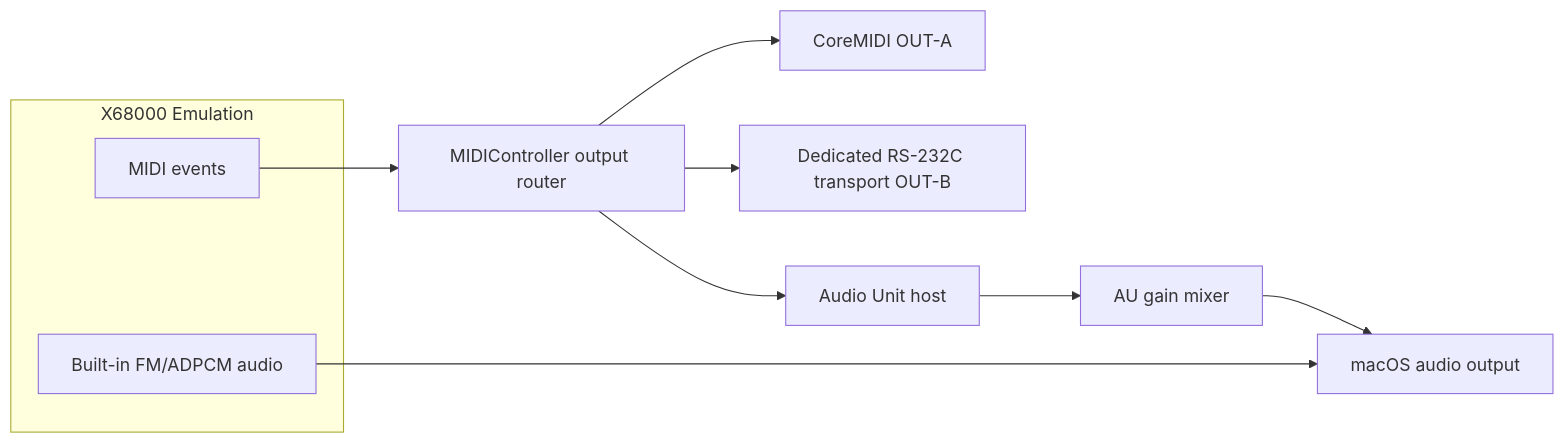
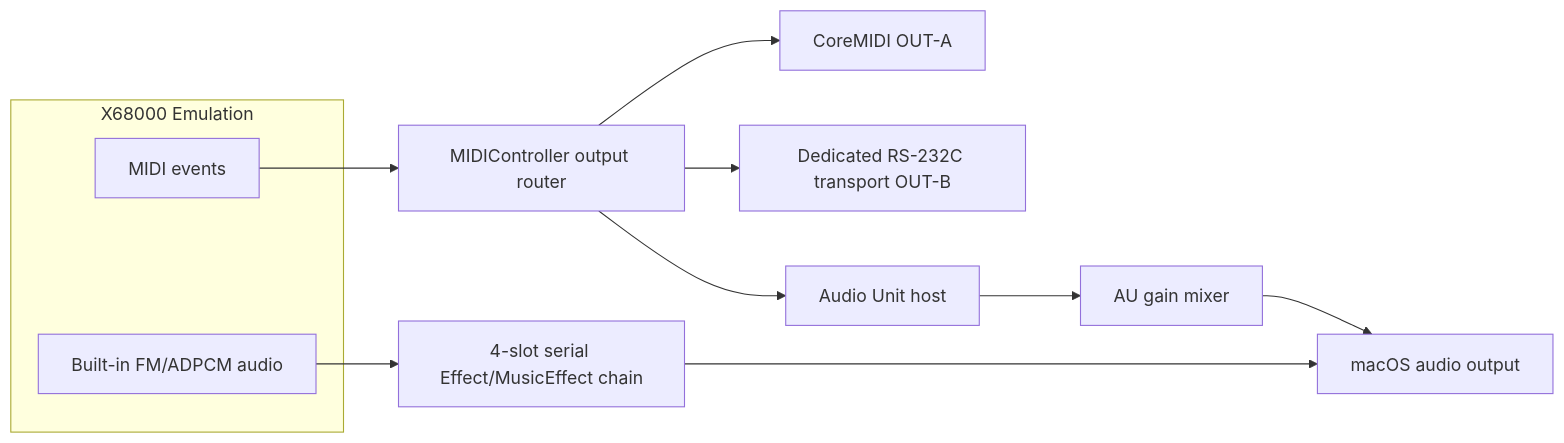
The sixth of 9 diagrams in ARCHITECTURE.md (masanaohayashi/MPX68K), drawn with Mermaid before and after one commit. The commit also changed other lines of this file and 9 other files, not shown here.

Commit message:
Add built-in FM ADPCM Audio Unit effect chain

````diff
--- a/ARCHITECTURE.md
+++ b/ARCHITECTURE.md
@@ -222,22 +222,24 @@
 ```mermaid
 graph LR
     subgraph "X68000 Emulation"
         MIDI[MIDI events]
         EmulatorAudio[Built-in FM/ADPCM audio]
     end
 
     Router[MIDIController output router]
     CoreMIDI[CoreMIDI OUT-A]
     Serial[Dedicated RS-232C transport OUT-B]
     AUHost[Audio Unit host]
     AUMixer[AU gain mixer]
+    BuiltInEffects[4-slot serial Effect/MusicEffect chain]
     AudioOutput[macOS audio output]
 
     MIDI --> Router
     Router --> CoreMIDI
     Router --> Serial
     Router --> AUHost
     AUHost --> AUMixer
     AUMixer --> AudioOutput
-    EmulatorAudio --> AudioOutput
+    EmulatorAudio --> BuiltInEffects
+    BuiltInEffects --> AudioOutput
 ```
````
